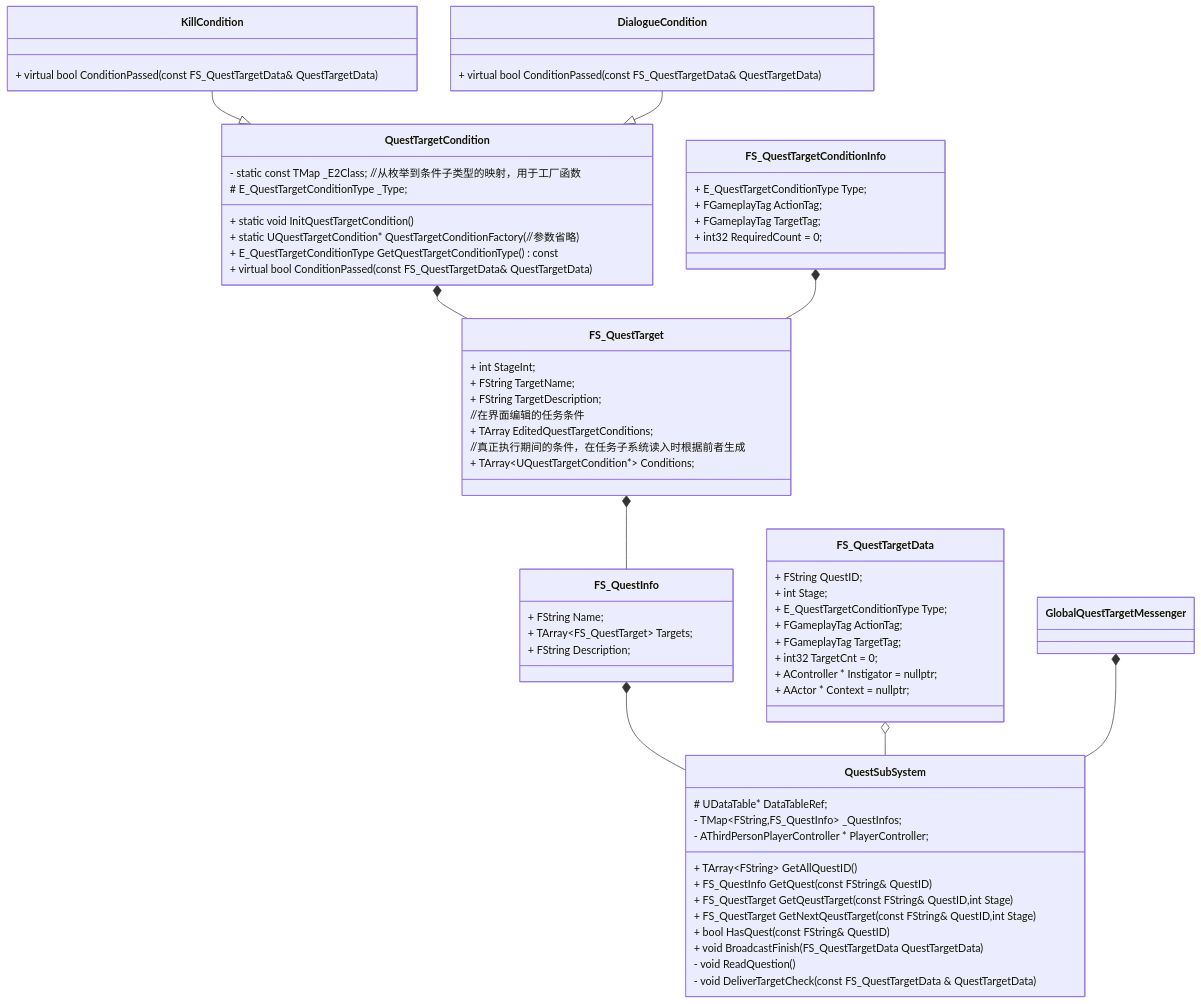
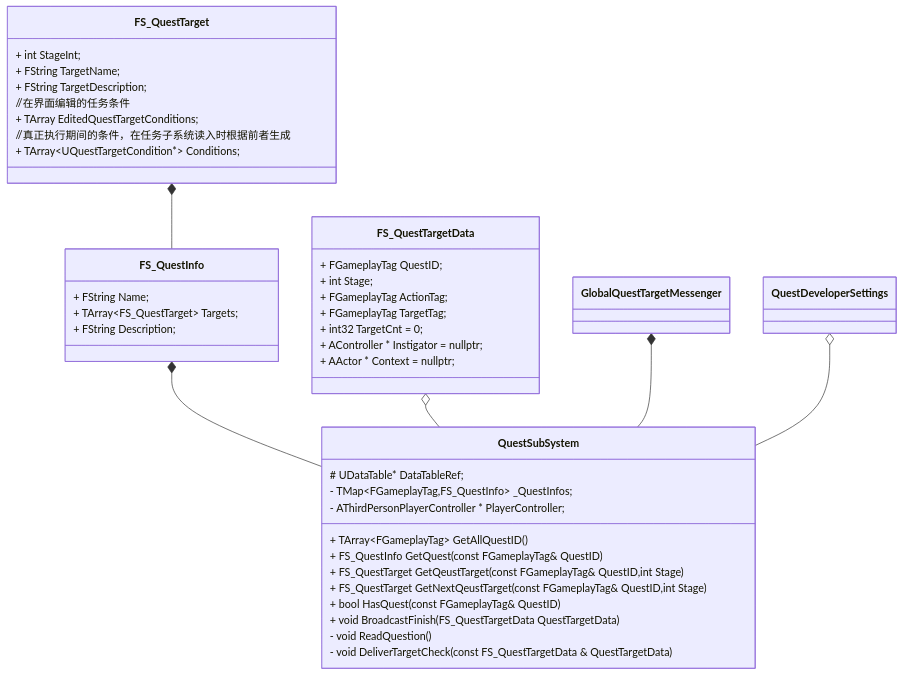
One commit to getyo/ARPG_Learn changed the sixth of 10 diagrams in Document/任务系统，对话系统，以及角色系统文档整理.md. Above: the diagram before and after it, drawn with Mermaid. The commit also changed other lines of this file and 7 other files, not shown here.

````diff
--- a/Document/任务系统，对话系统，以及角色系统文档整理.md
+++ b/Document/任务系统，对话系统，以及角色系统文档整理.md
@@ -197,68 +207,46 @@
 ```mermaid
 classDiagram 
-	QuestTargetCondition *-- FS_QuestTarget
-	KillCondition --|> QuestTargetCondition
-	DialogueCondition --|> QuestTargetCondition
-	FS_QuestTargetConditionInfo *-- FS_QuestTarget
+	
 	FS_QuestTarget *-- FS_QuestInfo 
 	FS_QuestInfo *-- QuestSubSystem
 	FS_QuestTargetData o-- QuestSubSystem
 	GlobalQuestTargetMessenger *-- QuestSubSystem
-	class QuestTargetCondition{
-	+ static void InitQuestTargetCondition()
-	+ static UQuestTargetCondition* QuestTargetConditionFactory(//参数省略)
-	+ E_QuestTargetConditionType GetQuestTargetConditionType() const
-	+ virtual bool ConditionPassed(const FS_QuestTargetData& QuestTargetData)
-	- static const TMap _E2Class; //从枚举到条件子类型的映射，用于工厂函数
-	# E_QuestTargetConditionType _Type;
-	}
-	class KillCondition{
-	+ virtual bool ConditionPassed(const FS_QuestTargetData& QuestTargetData)
-	}
-	class DialogueCondition{
-	+ virtual bool ConditionPassed(const FS_QuestTargetData& QuestTargetData)
-	}
+	QuestDeveloperSettings o-- QuestSubSystem
+
 	class FS_QuestTargetData{
-		+ FString QuestID;
+		+ FGameplayTag QuestID;
 		+ int Stage;
-		+ E_QuestTargetConditionType Type;
 		+ FGameplayTag ActionTag;
 		+ FGameplayTag TargetTag;
 		+ int32 TargetCnt = 0;
 		+ AController * Instigator = nullptr;
 		+ AActor * Context = nullptr;
-	}
-	class FS_QuestTargetConditionInfo{
-		+ E_QuestTargetConditionType Type;
-		+ FGameplayTag ActionTag;
-		+ FGameplayTag TargetTag;
-		+ int32 RequiredCount = 0;
 	}
 	class FS_QuestTarget{
 		+ int StageInt;
 		+ FString TargetName;
 		+ FString TargetDescription;
 		//在界面编辑的任务条件
 		+ TArray<FS_QuestTargetConditionInfo> EditedQuestTargetConditions;
 		//真正执行期间的条件，在任务子系统读入时根据前者生成
 		+ TArray~UQuestTargetCondition*~ Conditions;
 	}
 	class FS_QuestInfo{
 		+ FString Name;
 		+ TArray~FS_QuestTarget~ Targets;
 		+ FString Description;
 	}
 	class QuestSubSystem{
 		# UDataTable* DataTableRef;
-		- TMap~FString,FS_QuestInfo~ _QuestInfos;
+		- TMap~FGameplayTag,FS_QuestInfo~ _QuestInfos;
 		- AThirdPersonPlayerController * PlayerController;
-		+ TArray~FString~ GetAllQuestID()
-		+ FS_QuestInfo GetQuest(const FString& QuestID)
-		+ FS_QuestTarget GetQeustTarget(const FString& QuestID,int Stage)
-		+ FS_QuestTarget GetNextQeustTarget(const FString& QuestID,int Stage)
-		+ bool HasQuest(const FString& QuestID)
+		+ TArray~FGameplayTag~ GetAllQuestID()
+		+ FS_QuestInfo GetQuest(const FGameplayTag& QuestID)
+		+ FS_QuestTarget GetQeustTarget(const FGameplayTag& QuestID,int Stage)
+		+ FS_QuestTarget GetNextQeustTarget(const FGameplayTag& QuestID,int Stage)
+		+ bool HasQuest(const FGameplayTag& QuestID)
 		+ void BroadcastFinish(FS_QuestTargetData QuestTargetData)
 		- void ReadQuestion()
 		- void DeliverTargetCheck(const FS_QuestTargetData & QuestTargetData)
 	}
 ```
````
